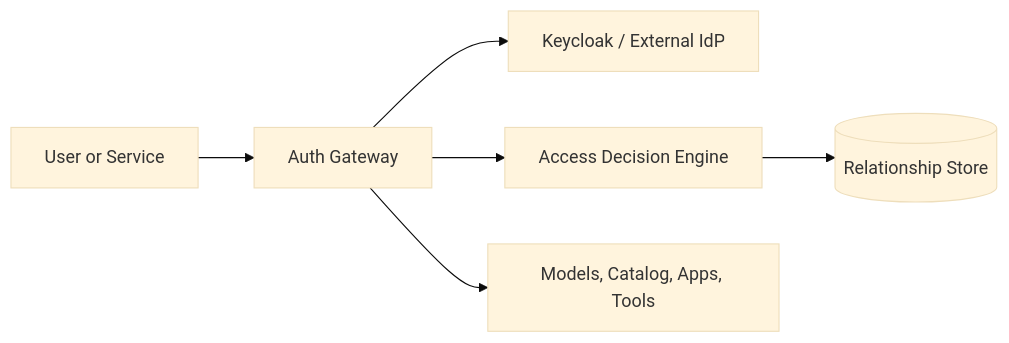
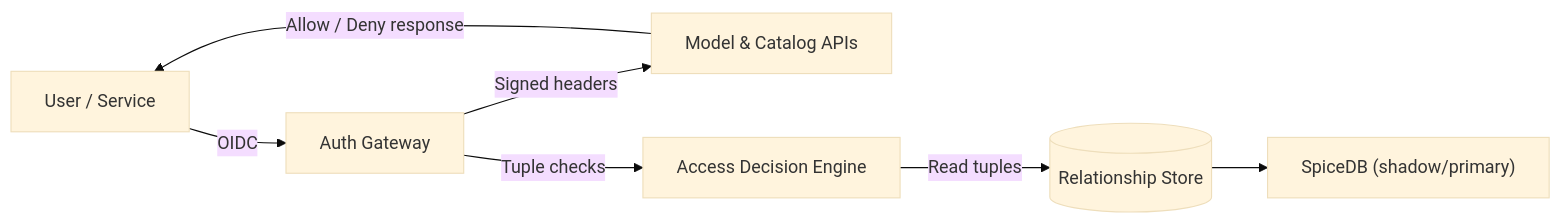
The diagram in docs/versioned_docs/version-0.11.0/security/rebac-overview.md (kamiwaza-ai/kamiwaza-docs), drawn with Mermaid (base theme) before and after one commit. The commit also changed other lines of this file and 34 other files, not shown here.

````diff
--- a/docs/versioned_docs/version-0.11.0/security/rebac-overview.md
+++ b/docs/versioned_docs/version-0.11.0/security/rebac-overview.md
@@ -20,8 +21,9 @@
 ```mermaid
 flowchart LR
-    User[User or Service] --> Gateway[Auth Gateway]
-    Gateway --> IdP[Keycloak / External IdP]
-    Gateway --> ADE[Access Decision Engine]
-    ADE --> Store[(Relationship Store)]
-    Gateway --> Services[Models, Catalog, Apps, Tools]
+    Client[User / Service] -->|OIDC| Gateway[Auth Gateway]
+    Gateway -->|Signed headers| Services[Model & Catalog APIs]
+    Gateway -->|Tuple checks| ADE[Access Decision Engine]
+    ADE -->|Read tuples| Store[(Relationship Store)]
+    Store --> Spice["SpiceDB (shadow/primary)"]
+    Services -->|Allow / Deny response| Client
 ```
````
